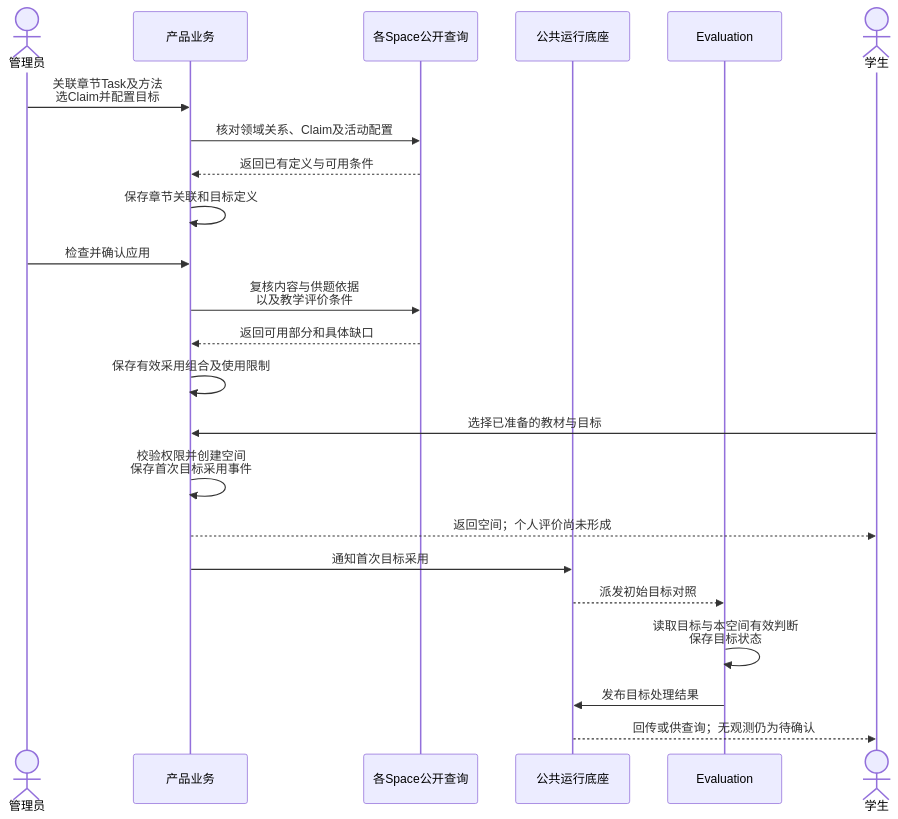
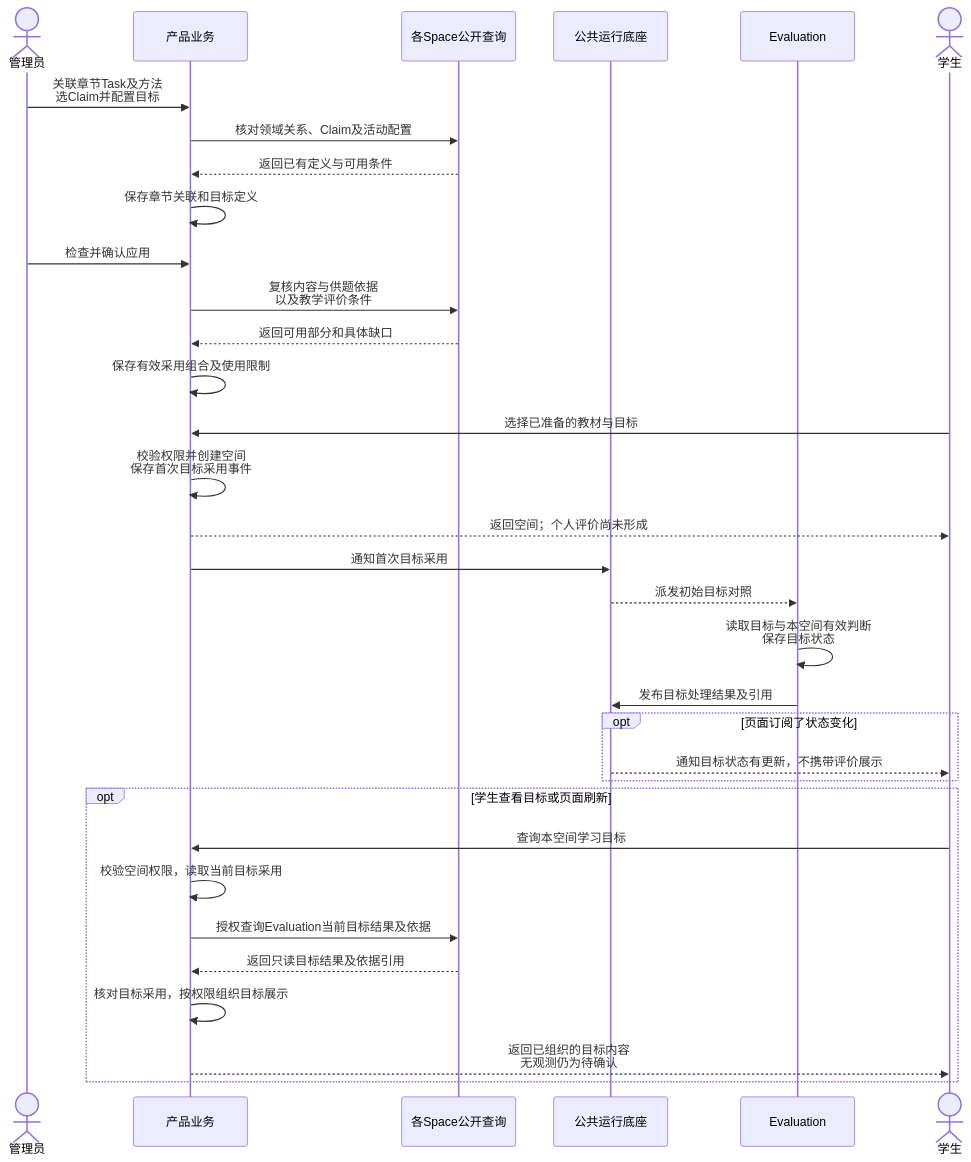
One commit to ivgotcrazy/deermind changed the fifth of 10 diagrams in doc/mvp/m1/engineering/System_Design.md. Above: the diagram before and after it, drawn with Mermaid. The commit also changed other lines of this file and 13 other files, not shown here.

````diff
--- a/doc/mvp/m1/engineering/System_Design.md
+++ b/doc/mvp/m1/engineering/System_Design.md
@@ -264,25 +287,35 @@
 ```mermaid
 sequenceDiagram
   actor A as 管理员
   participant P as 产品业务
   participant Q as 各Space公开查询
   participant R as 公共运行底座
   participant E as Evaluation
   actor S as 学生
   A->>P: 关联章节Task及方法<br/>选Claim并配置目标
   P->>Q: 核对领域关系、Claim及活动配置
   Q-->>P: 返回已有定义与可用条件
   P->>P: 保存章节关联和目标定义
   A->>P: 检查并确认应用
   P->>Q: 复核内容与供题依据<br/>以及教学评价条件
   Q-->>P: 返回可用部分和具体缺口
   P->>P: 保存有效采用组合及使用限制
   S->>P: 选择已准备的教材与目标
   P->>P: 校验权限并创建空间<br/>保存首次目标采用事件
   P-->>S: 返回空间；个人评价尚未形成
   P->>R: 通知首次目标采用
   R-->>E: 派发初始目标对照
   E->>E: 读取目标与本空间有效判断<br/>保存目标状态
-  E->>R: 发布目标处理结果
-  R-->>S: 回传或供查询；无观测仍为待确认
+  E->>R: 发布目标处理结果及引用
+  opt 页面订阅了状态变化
+    R-->>S: 通知目标状态有更新，不携带评价展示
+  end
+  opt 学生查看目标或页面刷新
+    S->>P: 查询本空间学习目标
+    P->>P: 校验空间权限，读取当前目标采用
+    P->>Q: 授权查询Evaluation当前目标结果及依据
+    Q-->>P: 返回只读目标结果及依据引用
+    P->>P: 核对目标采用，按权限组织目标展示
+    P-->>S: 返回已组织的目标内容<br/>无观测仍为待确认
+  end
 ```
````
